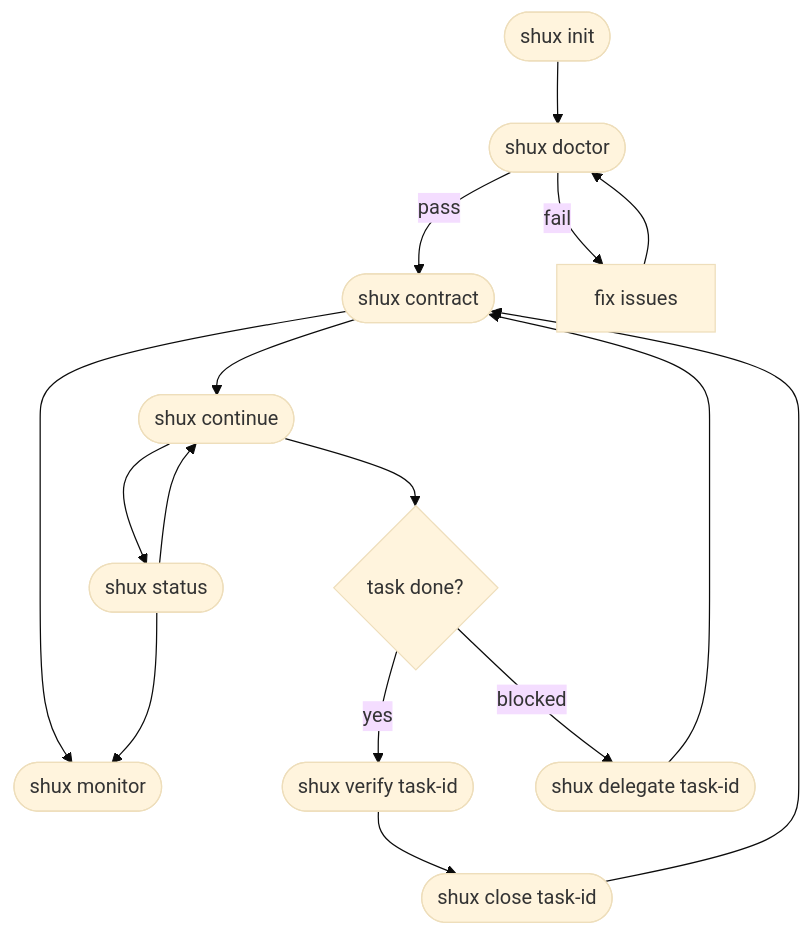
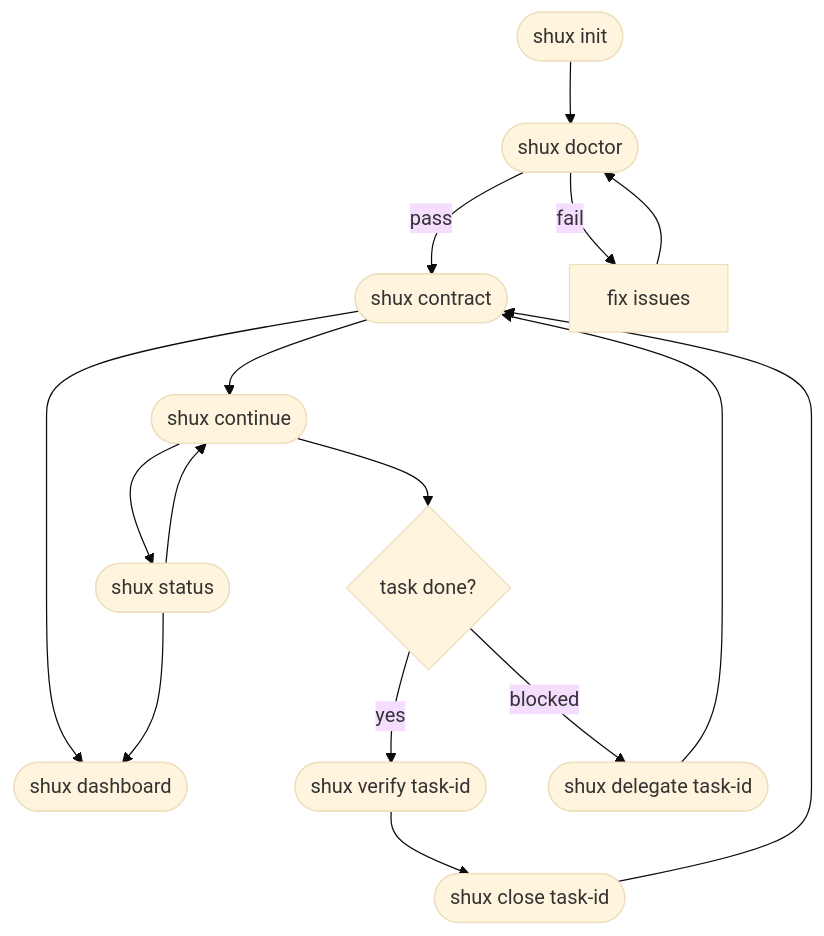
One commit to artificemachine/superharness changed the first of 2 diagrams in docs/GUIDE.md. Above: the diagram before and after it, drawn with Mermaid (base theme). The commit also changed other lines of this file and 66 other files, not shown here.

````diff
--- a/docs/GUIDE.md
+++ b/docs/GUIDE.md
@@ -37,17 +37,17 @@
 ```mermaid
 graph TD
     A([shux init]) --> B([shux doctor])
     B -->|pass| C([shux contract])
     B -->|fail| B2[fix issues] --> B
     C --> D([shux continue])
-    C --> E([shux monitor])
+    C --> E([shux dashboard])
     D --> F{task done?}
     F -->|yes| F2([shux verify task-id])
     F2 --> G([shux close task-id])
     F -->|blocked| H([shux delegate task-id])
     G --> C
     H --> C
     D --> I([shux status])
     I --> D
     I --> E
 ```
````
